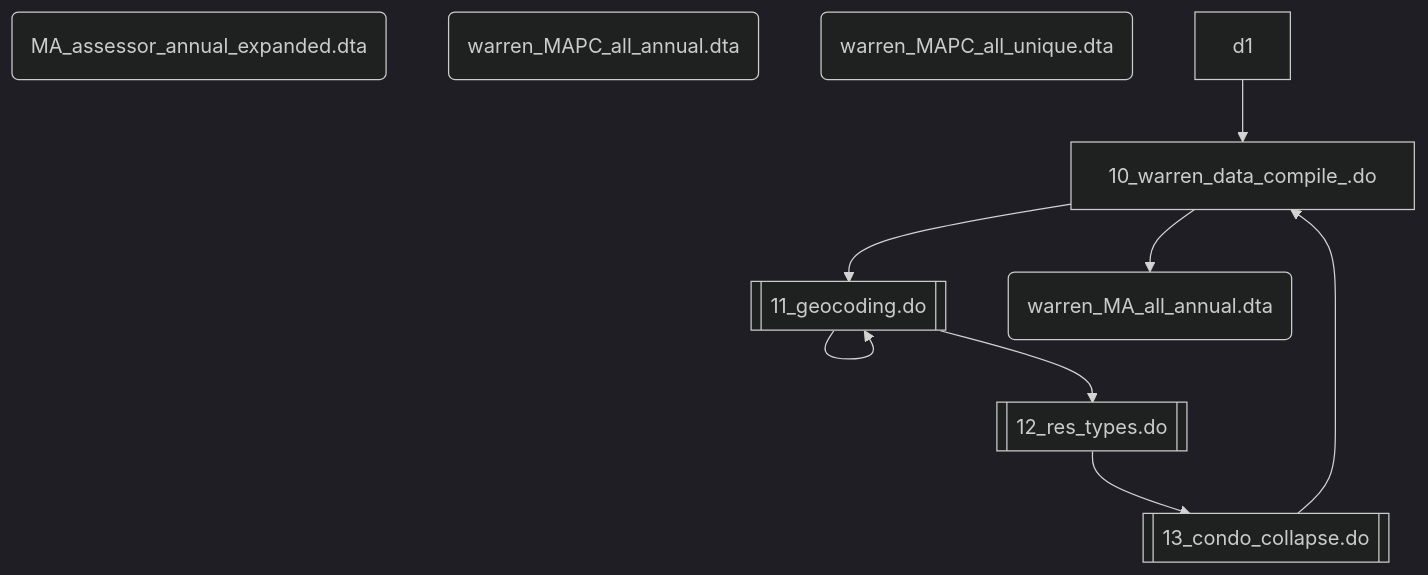
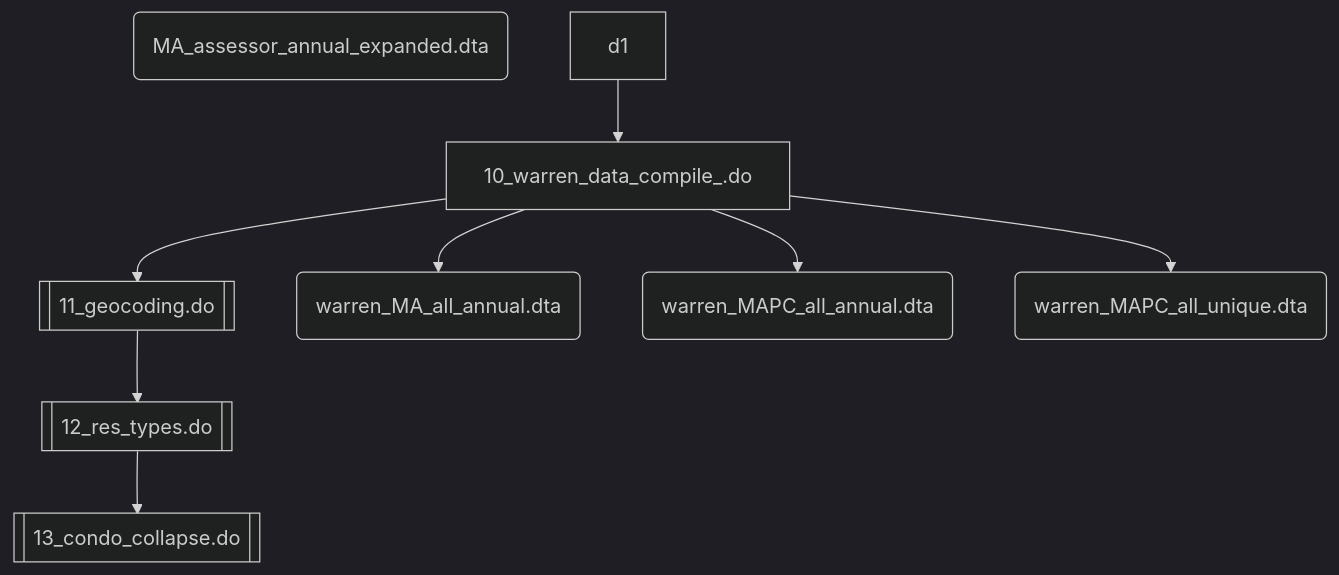
Before and after one commit to nchiumenti/boston_zoning: the first of 4 diagrams in code/data_setup/README.md, drawn with Mermaid (dark theme).

````diff
--- a/code/data_setup/README.md
+++ b/code/data_setup/README.md
@@ -51,19 +51,19 @@
 ```mermaid
 flowchart TD
   f0[10_warren_data_compile_.do];
   d0(MA_assessor_annual_expanded.dta);
 
   f1@{ shape: subproc, label: "11_geocoding.do" };
   f2@{ shape: subproc, label: "12_res_types.do" };
   f3@{ shape: subproc, label: "13_condo_collapse.do " };
 
   d2(warren_MA_all_annual.dta);
   d3(warren_MAPC_all_annual.dta);
   d4(warren_MAPC_all_unique.dta);
   
   d1 --> f0;
-  f0 --> f1 --> f1 --> f2;
-  f2 --> f3;
-  f3 --> f0;
+  f0 --> f1 --> f2 --> f3;
   f0 --> d2;
+  f0 --> d3;
+  f0 --> d4;
 ```
````
